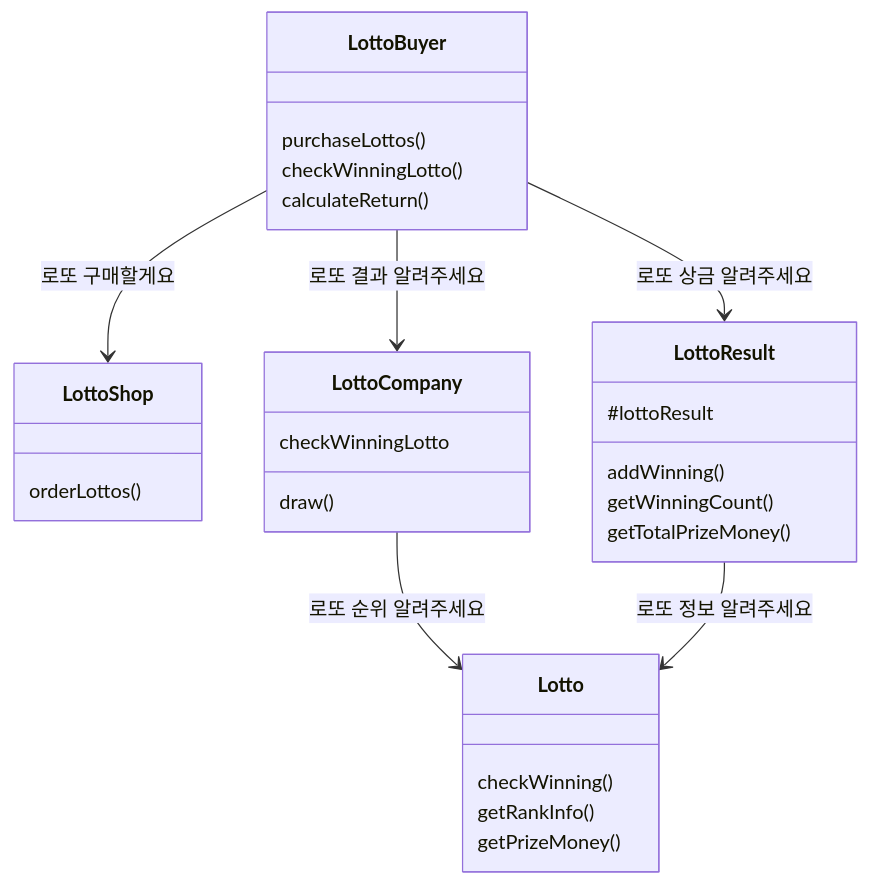
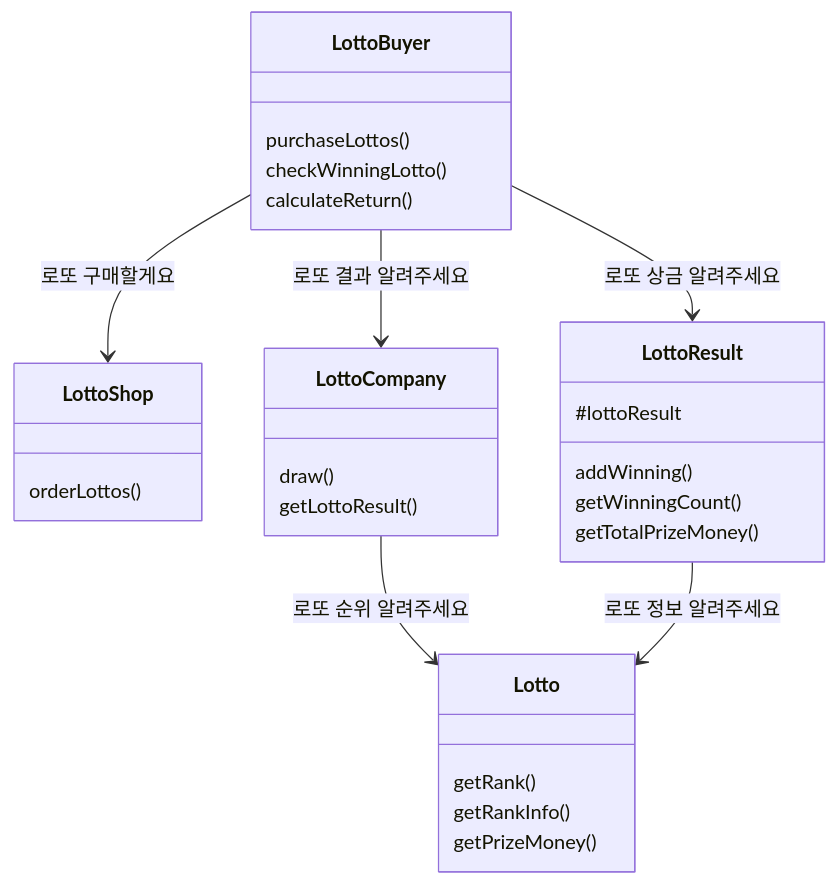
One commit to woowacourse-precourse/javascript-lotto-7 changed the third of 3 diagrams in README.md. Above: the diagram before and after it, drawn with Mermaid. The commit also changed other lines of this file, not shown here.

Commit message:
docs: 함수명 수정

````diff
--- a/README.md
+++ b/README.md
@@ -209,33 +210,33 @@
 ```mermaid
 classDiagram
   LottoBuyer --> LottoShop : 로또 구매할게요
   LottoBuyer --> LottoCompany : 로또 결과 알려주세요
   LottoCompany --> Lotto : 로또 순위 알려주세요
   LottoBuyer --> LottoResult : 로또 상금 알려주세요
   LottoResult --> Lotto : 로또 정보 알려주세요
 
   class LottoBuyer{
 	  purchaseLottos()
 	  checkWinningLotto()
 	  calculateReturn()
   }
   class LottoCompany{
 	  draw()
-	  checkWinningLotto
+	  getLottoResult()
   }
   class Lotto{
-	  checkWinning()
+	  getRank()
 	  getRankInfo()
 	  getPrizeMoney()
   }
   class LottoResult{
 	  #lottoResult
 
 	  addWinning()
 	  getWinningCount()
 	  getTotalPrizeMoney()
   }
   class LottoShop{
 	  orderLottos()
   }
 ```
````
